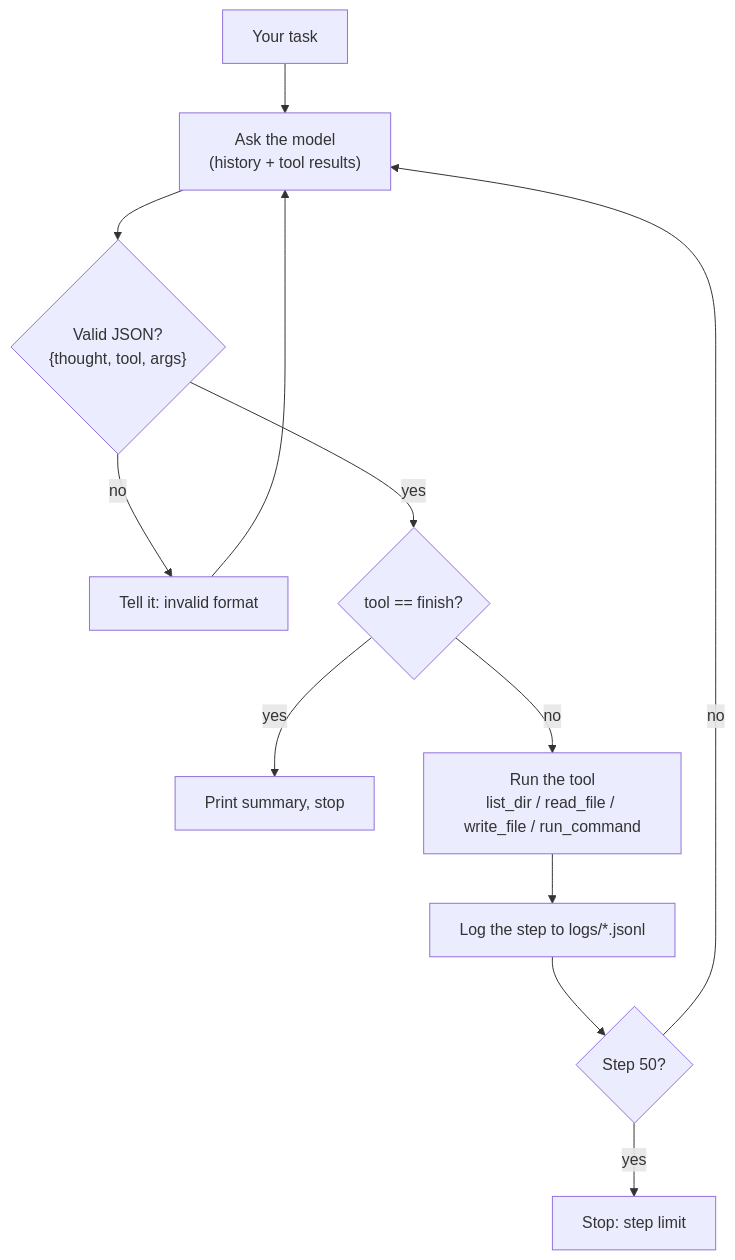
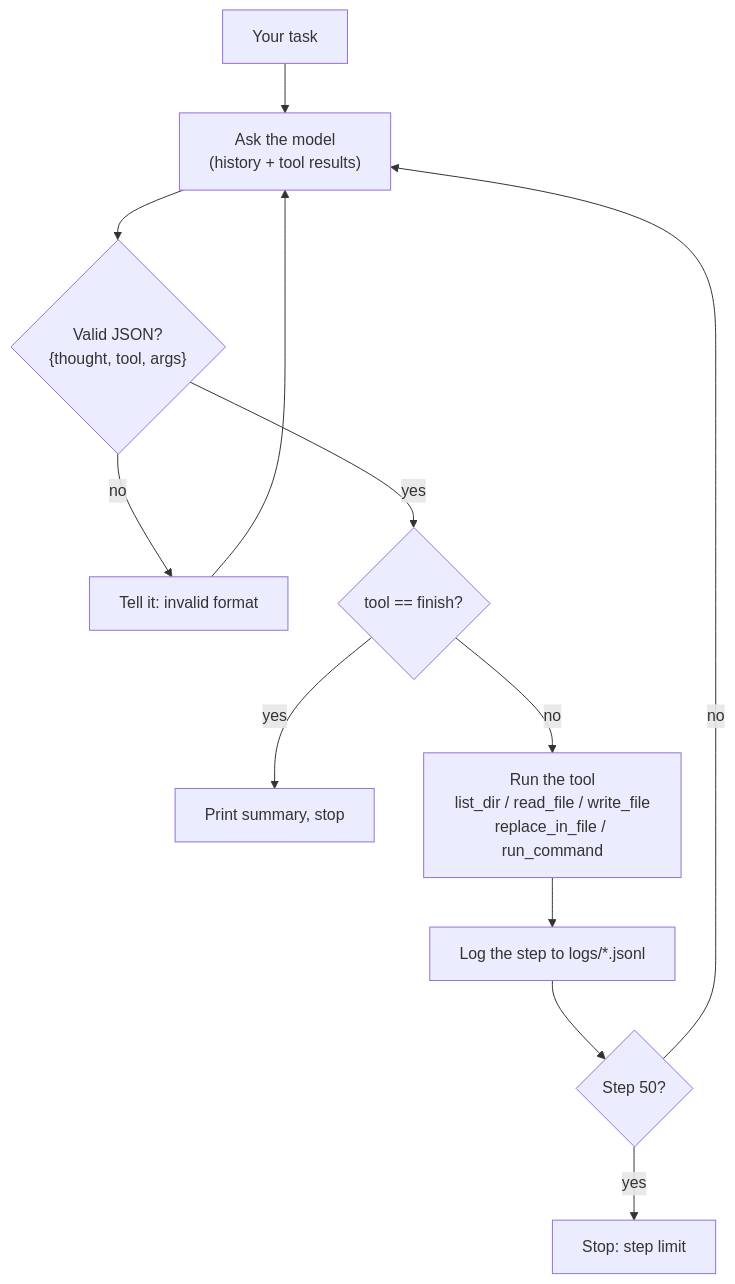
The second of 2 diagrams in README.md (ripter0/localagent-lab), drawn with Mermaid before and after one commit. The commit also changed other lines of this file and 15 other files, not shown here.

````diff
--- a/README.md
+++ b/README.md
@@ -26,13 +26,13 @@
 ```mermaid
 flowchart TD
     T["Your task"] --> M["Ask the model<br/>(history + tool results)"]
     M --> J{"Valid JSON?<br/>{thought, tool, args}"}
     J -- no --> E["Tell it: invalid format"] --> M
     J -- yes --> F{"tool == finish?"}
     F -- yes --> D["Print summary, stop"]
-    F -- no --> X["Run the tool<br/>list_dir / read_file / write_file / run_command"]
+    F -- no --> X["Run the tool<br/>list_dir / read_file / write_file<br/>replace_in_file / run_command"]
     X --> L["Log the step to logs/*.jsonl"]
     L --> S{"Step 50?"}
     S -- no --> M
     S -- yes --> Z["Stop: step limit"]
 ```
````
